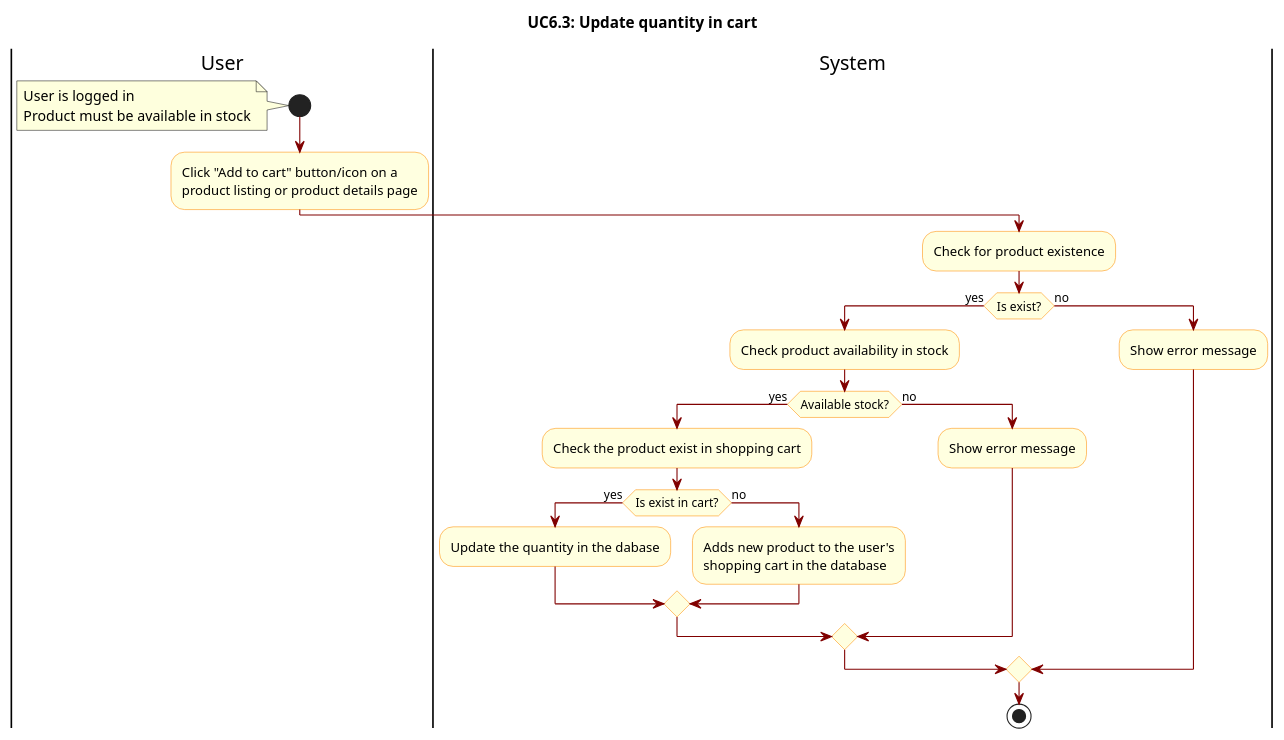
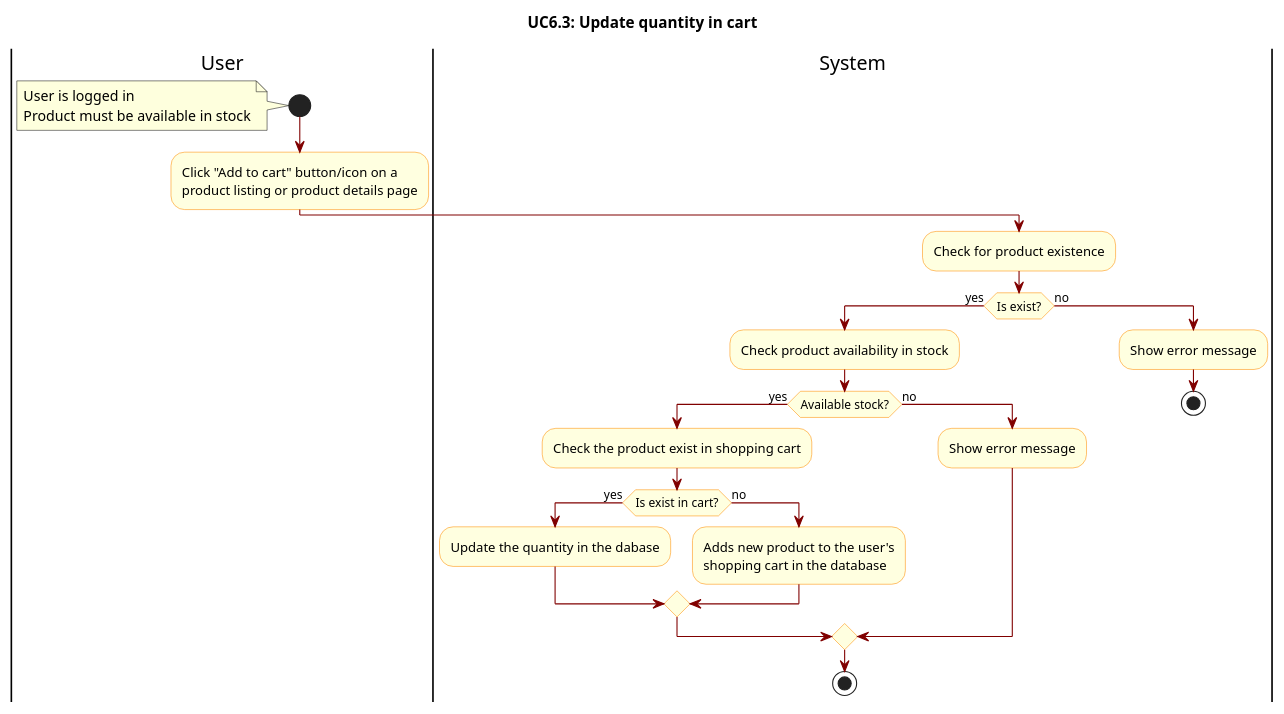
The diagram in docs/activity diagram/UC6.2-AddProductToCart.wsd (hiusnguyen201/BE_ClothingShop), drawn with PlantUML before and after one commit. The commit also changed 83 other files, not shown here.

Commit message:
:zap: update activity diagram (docs)

```diff
--- a/docs/activity diagram/UC6.2-AddProductToCart.wsd
+++ b/docs/activity diagram/UC6.2-AddProductToCart.wsd
@@ -1,42 +1,43 @@
 @startuml
 
 skinparam ActivityBackgroundColor LightYellow
 skinparam ActivityBorderColor DarkOrange
 skinparam ArrowColor Maroon
 
 title UC6.3: Update quantity in cart
 
 |User|
 start
 note left
     User is logged in
     Product must be available in stock
 end note
 
 |User|
 :Click "Add to cart" button/icon on a 
 product listing or product details page;
 
 |System|
 :Check for product existence;
 
 if(Is exist?) then (yes)
     :Check product availability in stock;
     if(Available stock?) then(yes)
         :Check the product exist in shopping cart;
         if(Is exist in cart?) then(yes)
             :Update the quantity in the dabase;
         else(no)
             :Adds new product to the user's 
             shopping cart in the database;
         endif
     else(no)
         :Show error message;
     endif
+    stop
 else(no)
     :Show error message;
+    stop
 endif
 
-stop
 
 @enduml
```
